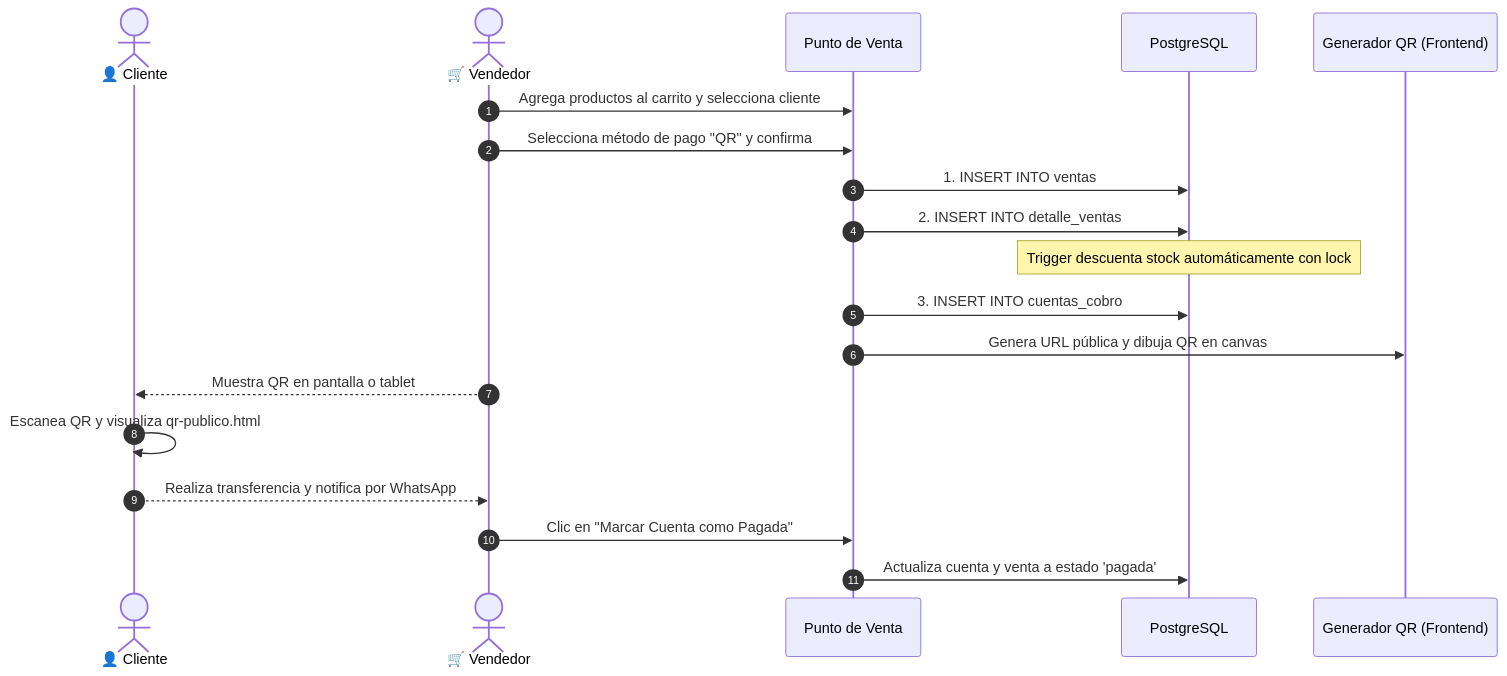
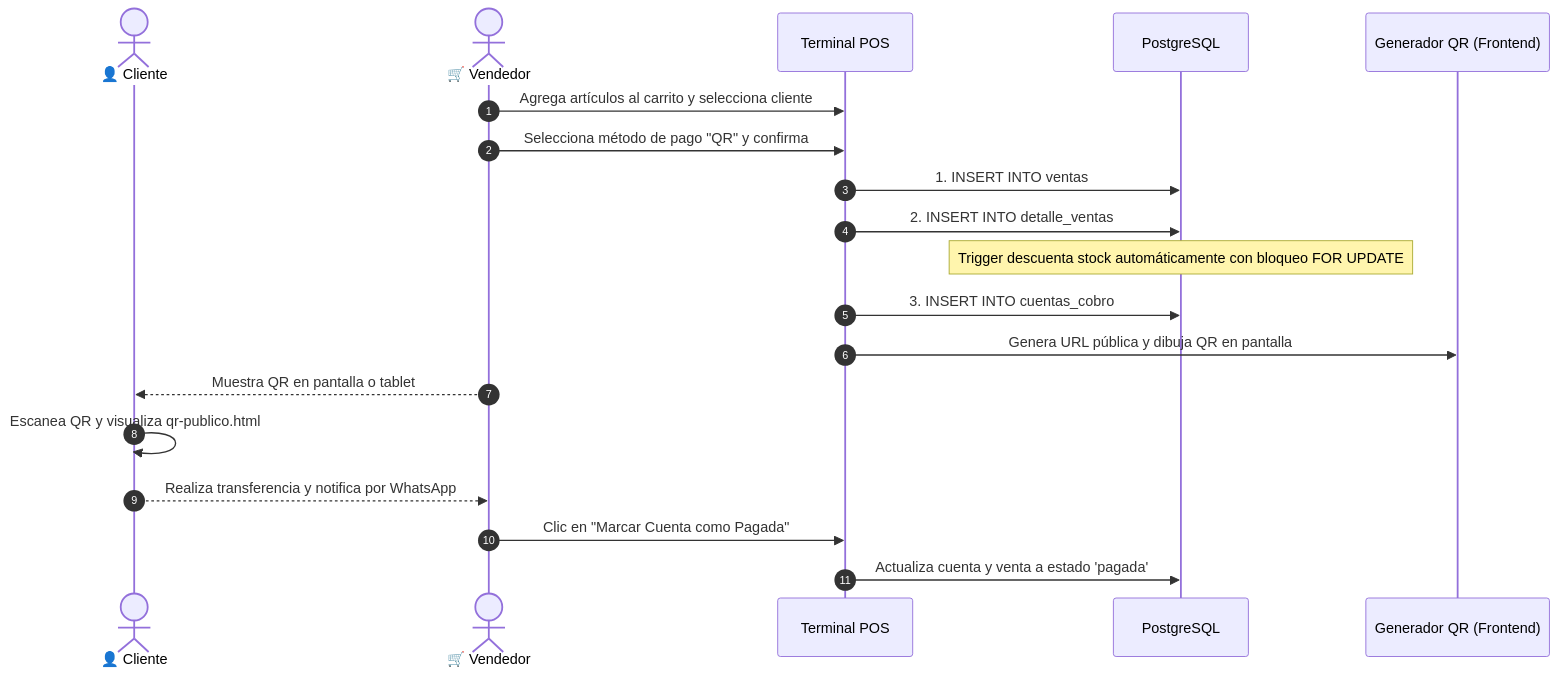
Before and after one commit to derlyh/talabartapp: the third of 3 diagrams in README.md, drawn with Mermaid. The commit also changed other lines of this file and 24 other files, not shown here.

````diff
--- a/README.md
+++ b/README.md
@@ -281,22 +366,22 @@
 ```mermaid
 sequenceDiagram
     autonumber
     actor Cliente as 👤 Cliente
     actor Vendedor as 🛒 Vendedor
-    participant POS as Punto de Venta
+    participant POS as Terminal POS
     participant DB as PostgreSQL
     participant QR as Generador QR (Frontend)
 
-    Vendedor->>POS: Agrega productos al carrito y selecciona cliente
+    Vendedor->>POS: Agrega artículos al carrito y selecciona cliente
     Vendedor->>POS: Selecciona método de pago "QR" y confirma
     POS->>DB: 1. INSERT INTO ventas
     POS->>DB: 2. INSERT INTO detalle_ventas
-    Note over DB: Trigger descuenta stock automáticamente con lock
+    Note over DB: Trigger descuenta stock automáticamente con bloqueo FOR UPDATE
     POS->>DB: 3. INSERT INTO cuentas_cobro
-    POS->>QR: Genera URL pública y dibuja QR en canvas
+    POS->>QR: Genera URL pública y dibuja QR en pantalla
     Vendedor-->>Cliente: Muestra QR en pantalla o tablet
     Cliente->>Cliente: Escanea QR y visualiza qr-publico.html
     Cliente-->>Vendedor: Realiza transferencia y notifica por WhatsApp
     Vendedor->>POS: Clic en "Marcar Cuenta como Pagada"
     POS->>DB: Actualiza cuenta y venta a estado 'pagada'
 ```
````
